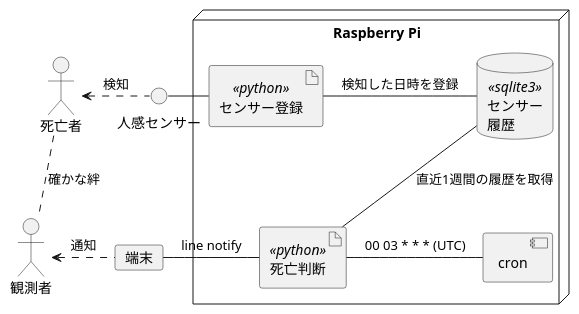
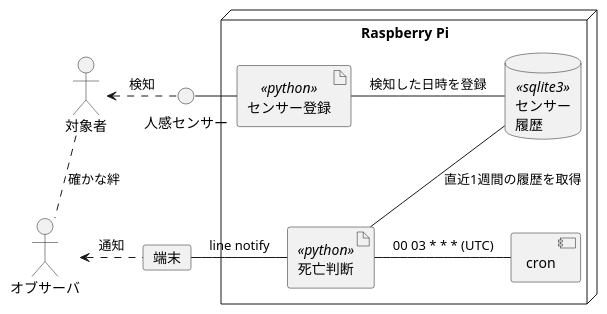
One commit to nakamura0067/death-notice changed the diagram in README.md. Above: the diagram before and after it, drawn with PlantUML.

````diff
--- a/README.md
+++ b/README.md
@@ -3,23 +3,23 @@
 ```plantuml
 @startuml
-actor 死亡者 as human
-actor 観測者 as observer
+actor 対象者 as human
+actor オブサーバ as observer
 card 端末 as device
 interface 人感センサー as sensor
 node "Raspberry Pi" as raspy {
     artifact センサー登録 as human_python <<python>>
     artifact 死亡判断 as cycle_python <<python>>
     component cron as cron
     database "センサー\n履歴" as sqlite <<sqlite3>>
 }
 
 human <.r. sensor : 検知
 observer <.r. device : 通知
 sensor -r- human_python
 human .. observer : 確かな絆
 human_python -r- sqlite : 検知した日時を登録
 cycle_python -u- sqlite : 直近1週間の履歴を取得
 cron -l- cycle_python : 00 03 * * * (UTC)
 cycle_python -l- device : line notify
 @enduml
 ```
````
